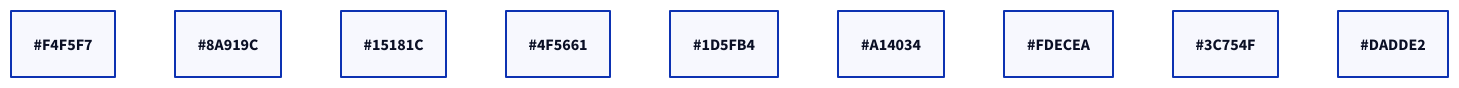
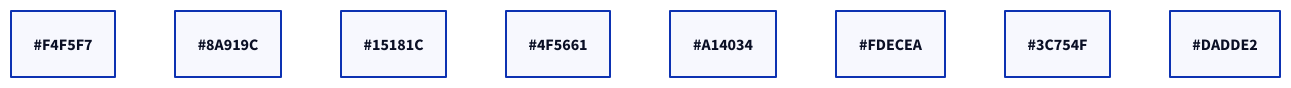
The diagram in docs/diagrams/theme-light.d2 (sohan-bhat/OpenHAL), drawn with D2 before and after one commit. The commit also changed 8 other files, not shown here.

First line of the commit message:
docs(diagrams): neutral wires in the README flow diagram so blue means pending only

```diff
--- a/docs/diagrams/theme-light.d2
+++ b/docs/diagrams/theme-light.d2
@@ -1,9 +1,8 @@
 surface: "#F4F5F7"
 line: "#8A919C"
 text: "#15181C"
 text2: "#4F5661"
-accent: "#1D5FB4"
 blocked: "#A14034"
 blocked-fill: "#FDECEA"
 ok: "#3C754F"
 border: "#DADDE2"
```
